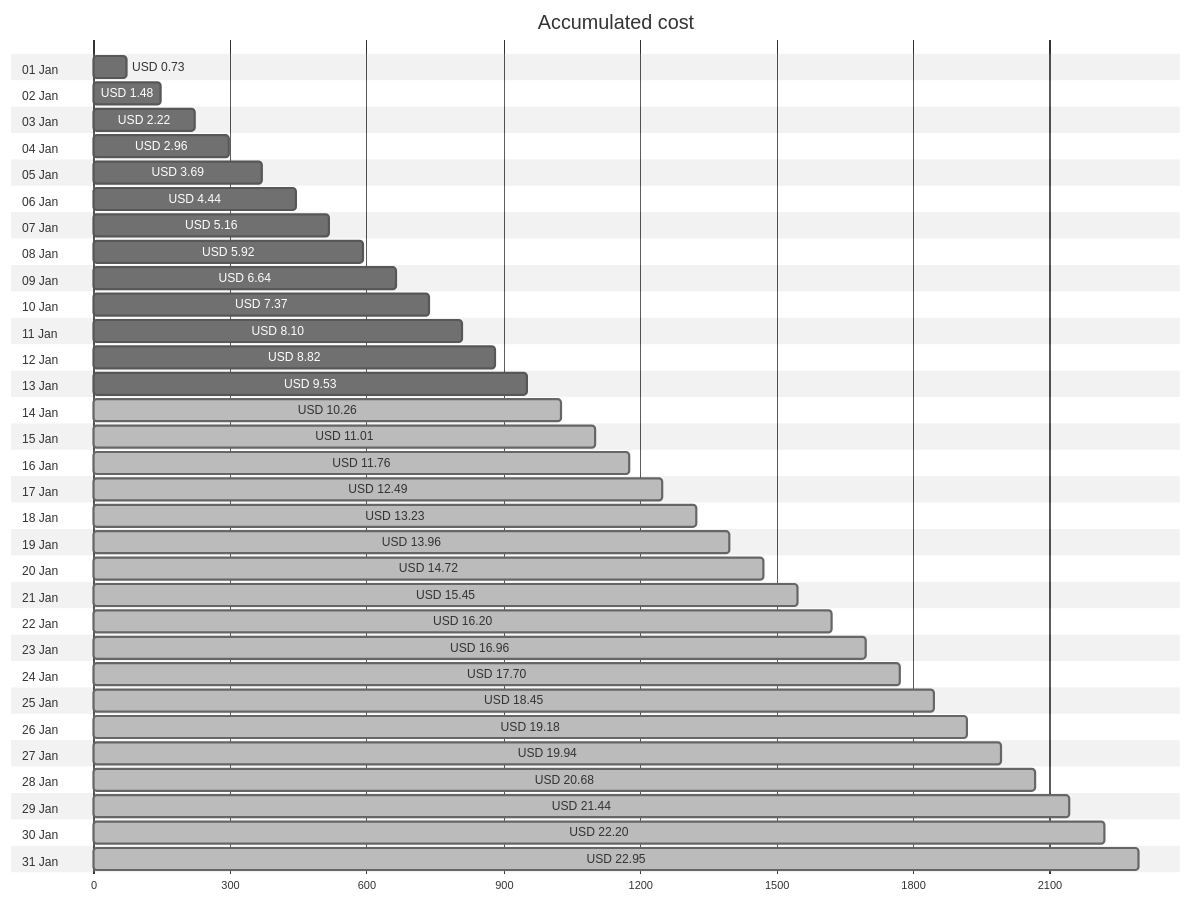
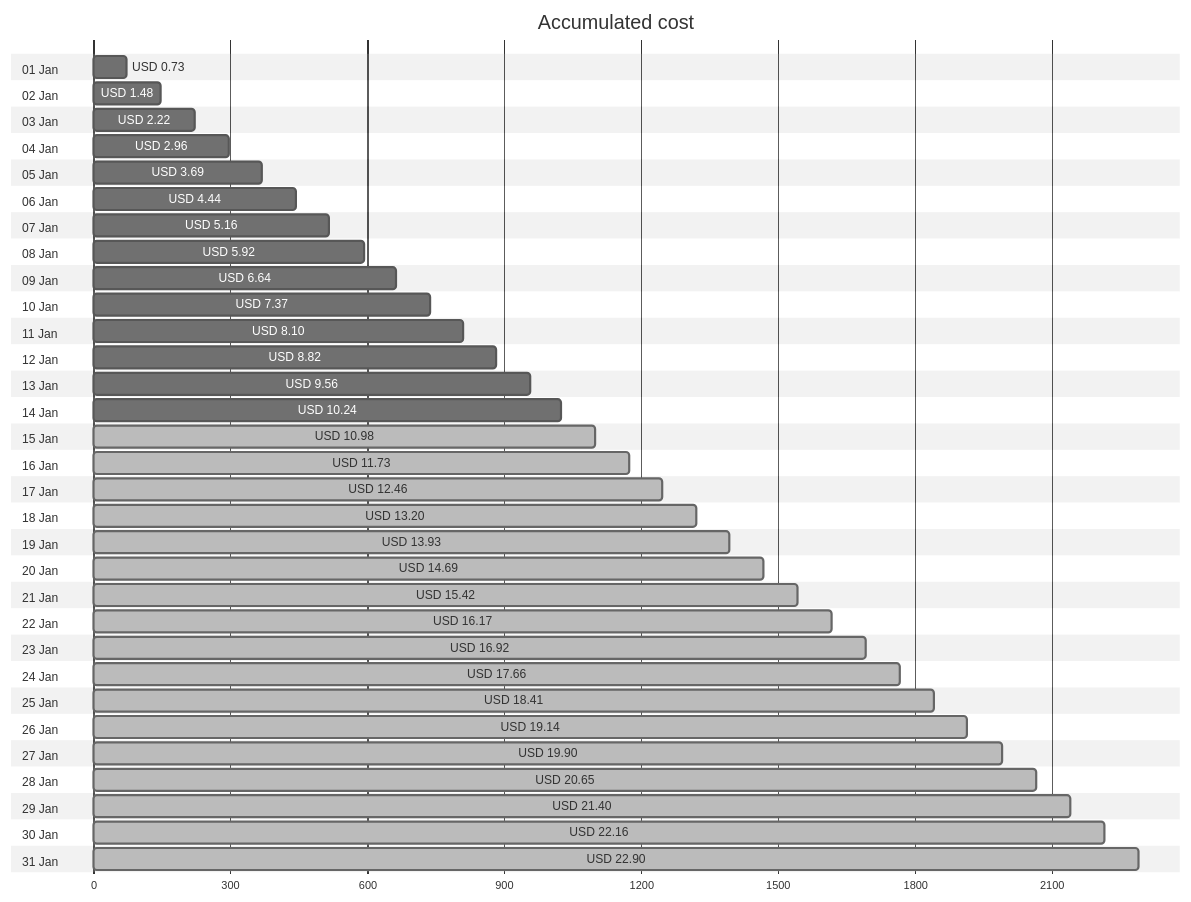
The first of 4 diagrams in cost-reports/personal-network/backup-server-data-disk.md (jpfulton/azure-personal-reports), drawn with Mermaid (neutral theme) before and after one commit. The commit also changed other lines of this file and 8 other files, not shown here.

````diff
--- a/cost-reports/personal-network/backup-server-data-disk.md
+++ b/cost-reports/personal-network/backup-server-data-disk.md
@@ -20,68 +20,68 @@
 ```mermaid
 gantt
    title Accumulated cost
    dateFormat  X
    axisFormat %s
    section 01 Jan
    USD 0.73 :0, 73
    section 02 Jan
    USD 1.48 :0, 148
    section 03 Jan
    USD 2.22 :0, 222
    section 04 Jan
    USD 2.96 :0, 296
    section 05 Jan
    USD 3.69 :0, 369
    section 06 Jan
    USD 4.44 :0, 444
    section 07 Jan
    USD 5.16 :0, 516
    section 08 Jan
    USD 5.92 :0, 592
    section 09 Jan
    USD 6.64 :0, 664
    section 10 Jan
    USD 7.37 :0, 737
    section 11 Jan
    USD 8.10 :0, 810
    section 12 Jan
    USD 8.82 :0, 882
    section 13 Jan
-   USD 9.53 :0, 953
+   USD 9.56 :0, 956
    section 14 Jan
-   USD 10.26 : done, 0, 1026
+   USD 10.24 :0, 1024
    section 15 Jan
-   USD 11.01 : done, 0, 1101
+   USD 10.98 : done, 0, 1098
    section 16 Jan
-   USD 11.76 : done, 0, 1176
+   USD 11.73 : done, 0, 1173
    section 17 Jan
-   USD 12.49 : done, 0, 1249
+   USD 12.46 : done, 0, 1246
    section 18 Jan
-   USD 13.23 : done, 0, 1323
+   USD 13.20 : done, 0, 1320
    section 19 Jan
-   USD 13.96 : done, 0, 1396
+   USD 13.93 : done, 0, 1393
    section 20 Jan
-   USD 14.72 : done, 0, 1472
+   USD 14.69 : done, 0, 1469
    section 21 Jan
-   USD 15.45 : done, 0, 1545
+   USD 15.42 : done, 0, 1542
    section 22 Jan
-   USD 16.20 : done, 0, 1620
+   USD 16.17 : done, 0, 1617
    section 23 Jan
-   USD 16.96 : done, 0, 1696
+   USD 16.92 : done, 0, 1692
    section 24 Jan
-   USD 17.70 : done, 0, 1770
+   USD 17.66 : done, 0, 1766
    section 25 Jan
-   USD 18.45 : done, 0, 1845
+   USD 18.41 : done, 0, 1841
    section 26 Jan
-   USD 19.18 : done, 0, 1918
+   USD 19.14 : done, 0, 1914
    section 27 Jan
-   USD 19.94 : done, 0, 1994
+   USD 19.90 : done, 0, 1990
    section 28 Jan
-   USD 20.68 : done, 0, 2068
+   USD 20.65 : done, 0, 2065
    section 29 Jan
-   USD 21.44 : done, 0, 2144
+   USD 21.40 : done, 0, 2140
    section 30 Jan
-   USD 22.20 : done, 0, 2220
+   USD 22.16 : done, 0, 2216
    section 31 Jan
-   USD 22.95 : done, 0, 2295
+   USD 22.90 : done, 0, 2290
 ```
````
